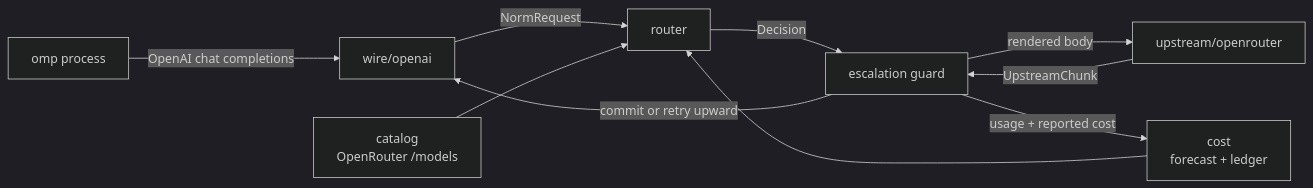
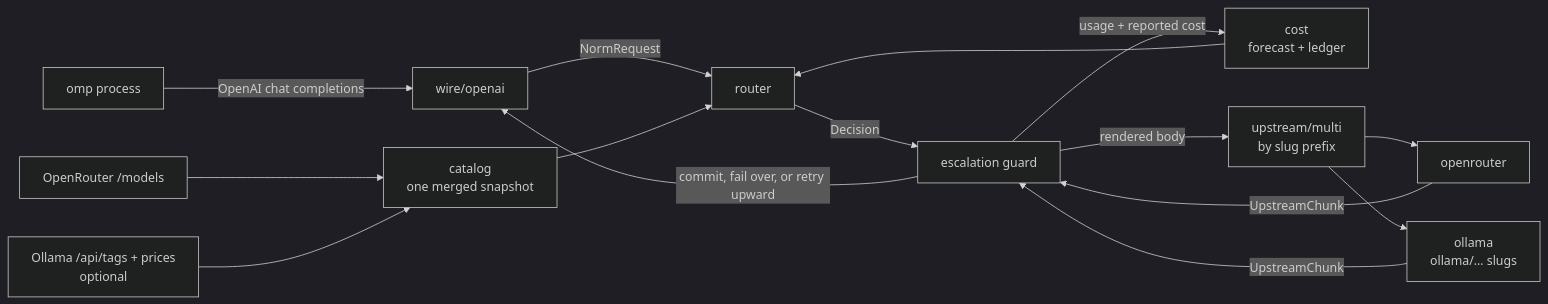
Before and after one commit to drewappling/auto-model-router: the diagram in README.md, drawn with Mermaid (dark theme). The commit also changed other lines of this file and 4 other files, not shown here.

````diff
--- a/README.md
+++ b/README.md
@@ -144,12 +147,17 @@
 ```mermaid
 graph LR
   omp[omp process] -->|OpenAI chat completions| wire[wire/openai]
   wire -->|NormRequest| router[router]
-  catalog[catalog<br/>OpenRouter /models] --> router
+  orcat[OpenRouter /models] --> catalog[catalog<br/>one merged snapshot]
+  olcat[Ollama /api/tags + prices<br/>optional] --> catalog
+  catalog --> router
   cost[cost<br/>forecast + ledger] --> router
   router -->|Decision| guard[escalation guard]
-  guard -->|rendered body| up[upstream/openrouter]
-  up -->|UpstreamChunk| guard
-  guard -->|commit or retry upward| wire
+  guard -->|rendered body| up[upstream/multi<br/>by slug prefix]
+  up --> or[openrouter]
+  up --> ol[ollama<br/>ollama/… slugs]
+  or -->|UpstreamChunk| guard
+  ol -->|UpstreamChunk| guard
+  guard -->|commit, fail over, or retry upward| wire
   guard -->|usage + reported cost| cost
 ```
````
